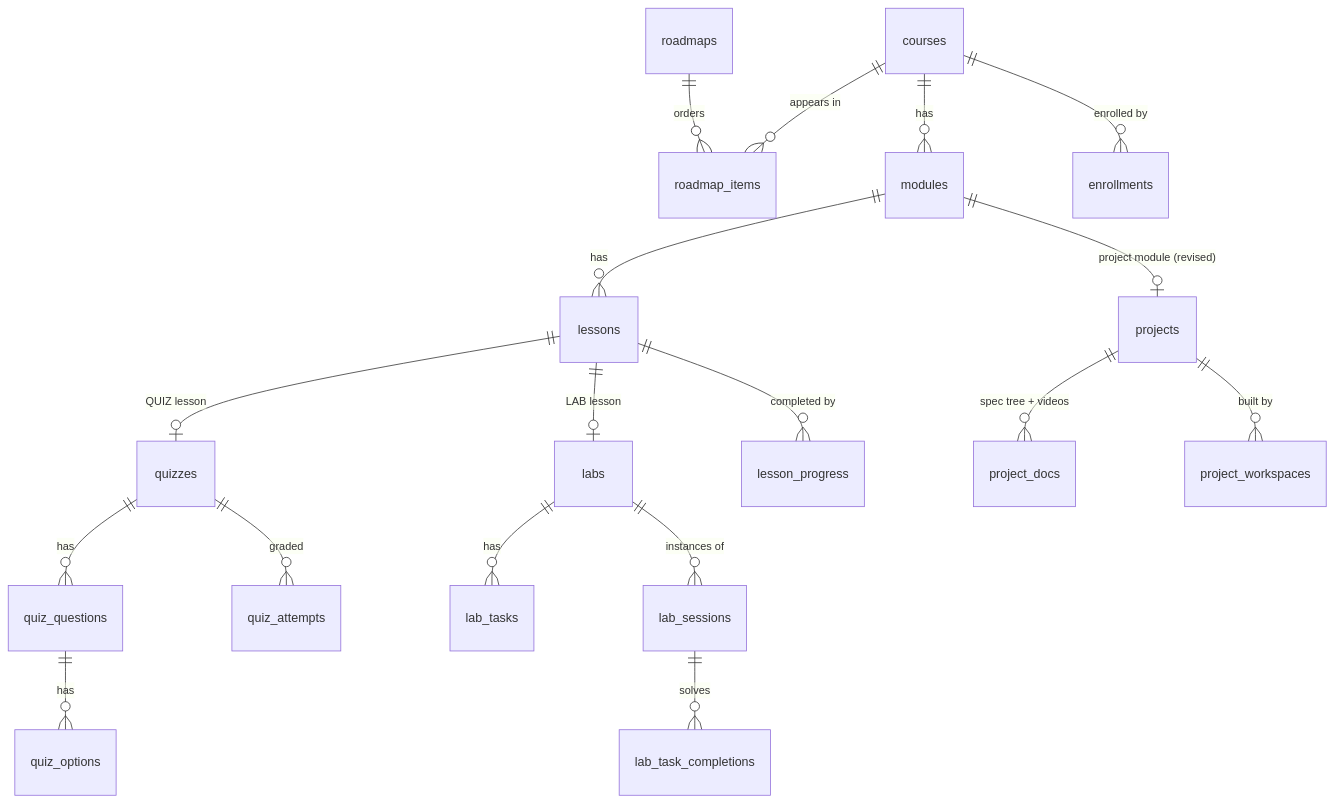
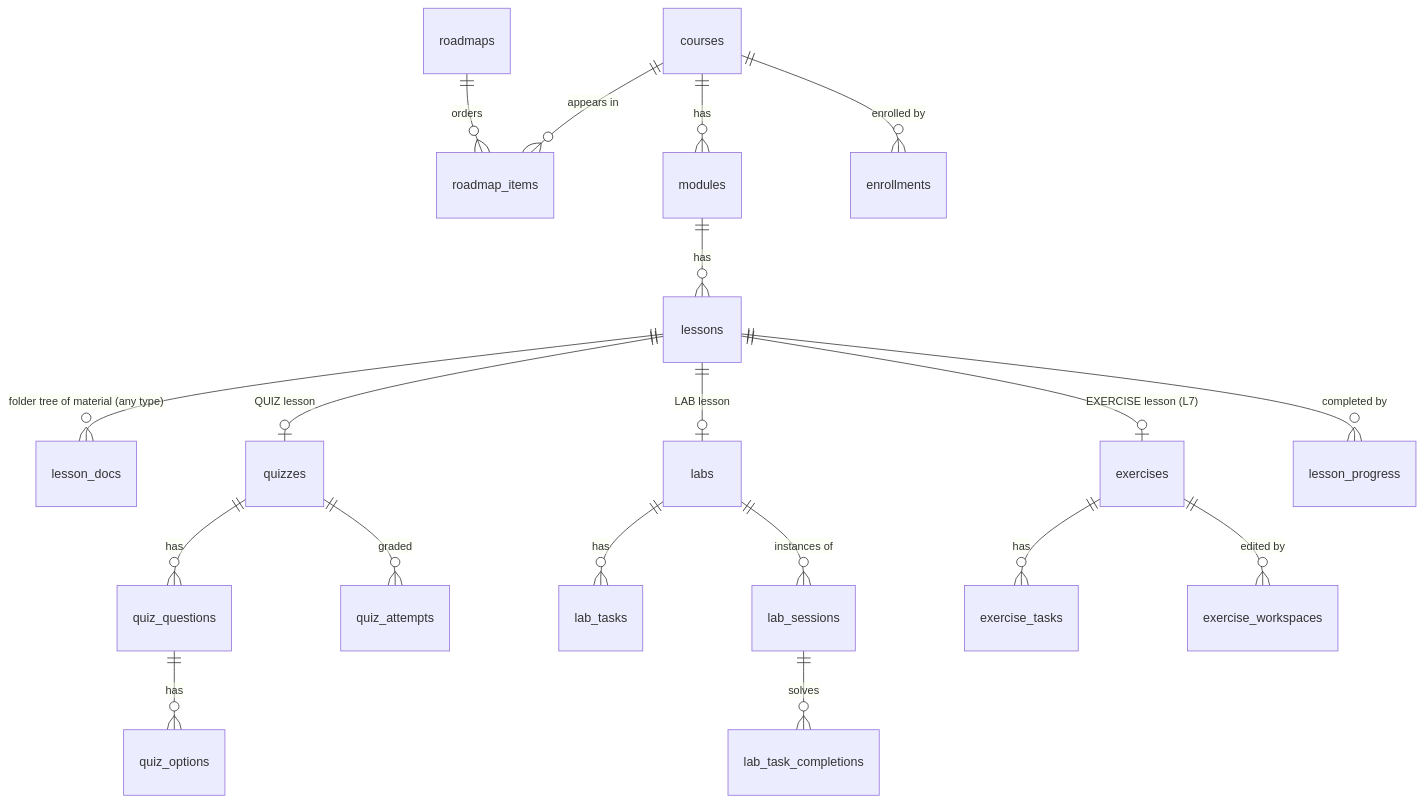
One commit to acegobugs-cpu/cyberCommunity changed the diagram in docs/plan 01/01-domain-model.md. Above: the diagram before and after it, drawn with Mermaid. The commit also changed other lines of this file and 24 other files, not shown here.

Commit message:
design changes. lessons have a document tree now intended for project specifications and diliverable documenting

````diff
--- a/docs/plan 01/01-domain-model.md
+++ b/docs/plan 01/01-domain-model.md
@@ -7,20 +7,21 @@
 ```mermaid
 erDiagram
     roadmaps ||--o{ roadmap_items : orders
     courses  ||--o{ roadmap_items : "appears in"
     courses  ||--o{ modules : has
     modules  ||--o{ lessons : has
+    lessons  ||--o{ lesson_docs : "folder tree of material (any type)"
     lessons  ||--o| quizzes : "QUIZ lesson"
     lessons  ||--o| labs : "LAB lesson"
-    modules  ||--o| projects : "project module (revised)"
-    projects ||--o{ project_docs : "spec tree + videos"
-    projects ||--o{ project_workspaces : "built by"
+    lessons  ||--o| exercises : "EXERCISE lesson (L7)"
     quizzes  ||--o{ quiz_questions : has
     quiz_questions ||--o{ quiz_options : has
     quizzes  ||--o{ quiz_attempts : graded
     labs     ||--o{ lab_tasks : has
     labs     ||--o{ lab_sessions : "instances of"
     lab_sessions ||--o{ lab_task_completions : solves
+    exercises ||--o{ exercise_tasks : has
+    exercises ||--o{ exercise_workspaces : "edited by"
     courses  ||--o{ enrollments : "enrolled by"
     lessons  ||--o{ lesson_progress : "completed by"
 ```
````
